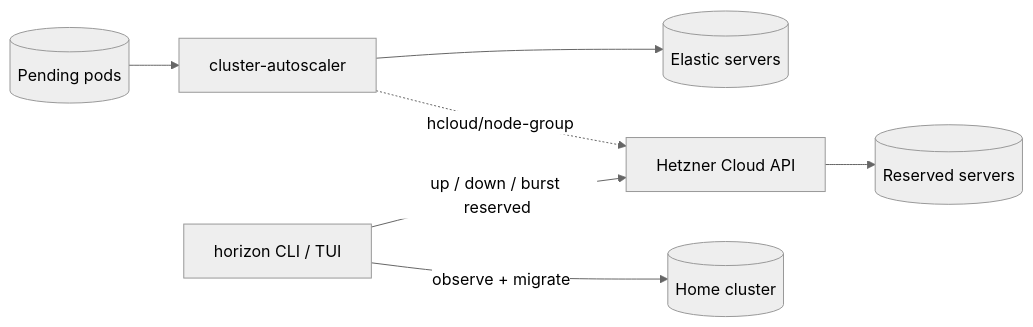
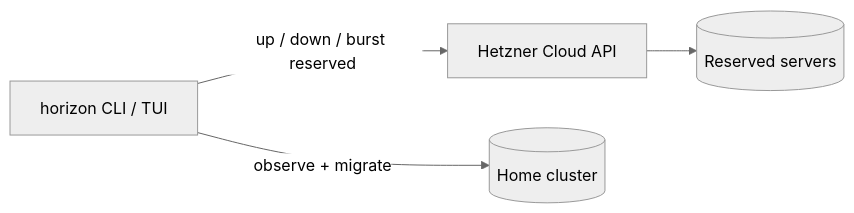
Before and after one commit to lucawalz/horizon: the diagram in README.md, drawn with Mermaid (neutral theme). The commit also changed other lines of this file, not shown here.

Commit message:
docs(readme): retire the elastic autoscaler path from the description

````diff
--- a/README.md
+++ b/README.md
@@ -46,9 +46,6 @@
 ```mermaid
 flowchart LR
-  pods[(Pending pods)] --> autoscaler[cluster-autoscaler]
-  autoscaler --> elastic[(Elastic servers)]
   horizon[horizon CLI / TUI] -->|up / down / burst reserved| hcloud[Hetzner Cloud API]
   hcloud --> reserved[(Reserved servers)]
   horizon -->|observe + migrate| cluster[(Home cluster)]
-  autoscaler -. hcloud/node-group .-> hcloud
 ```
````
